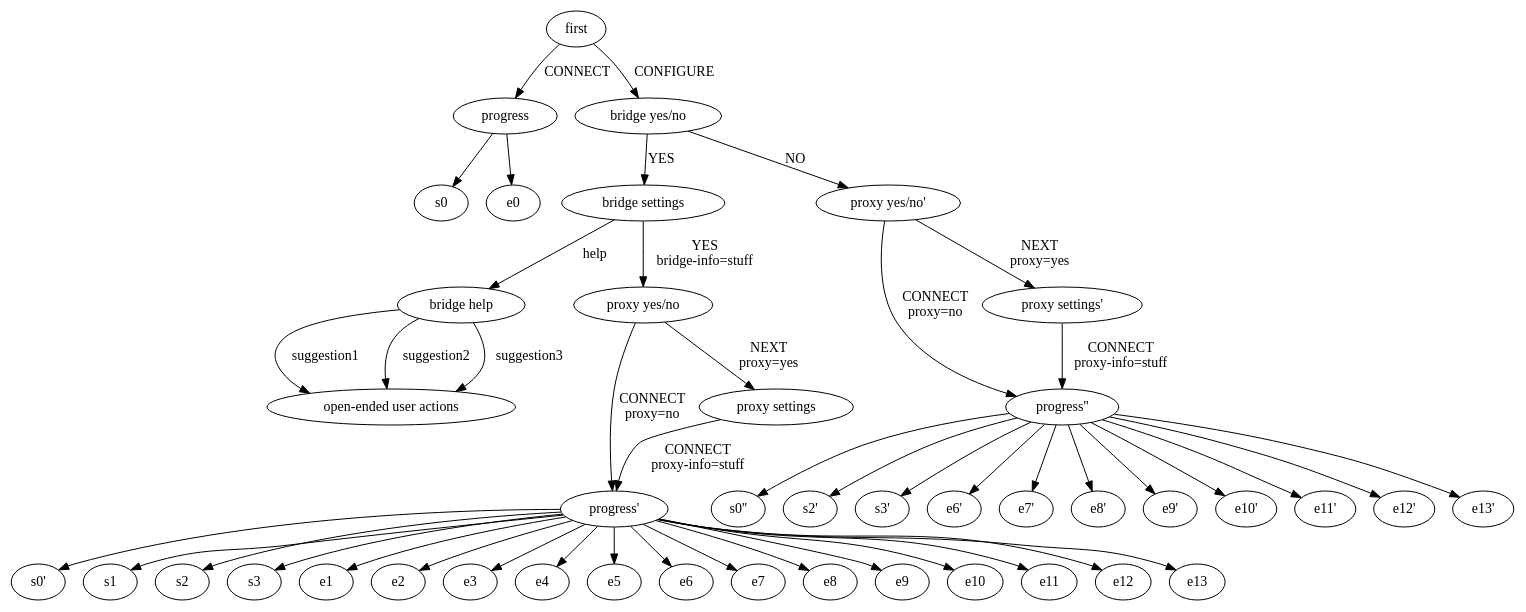
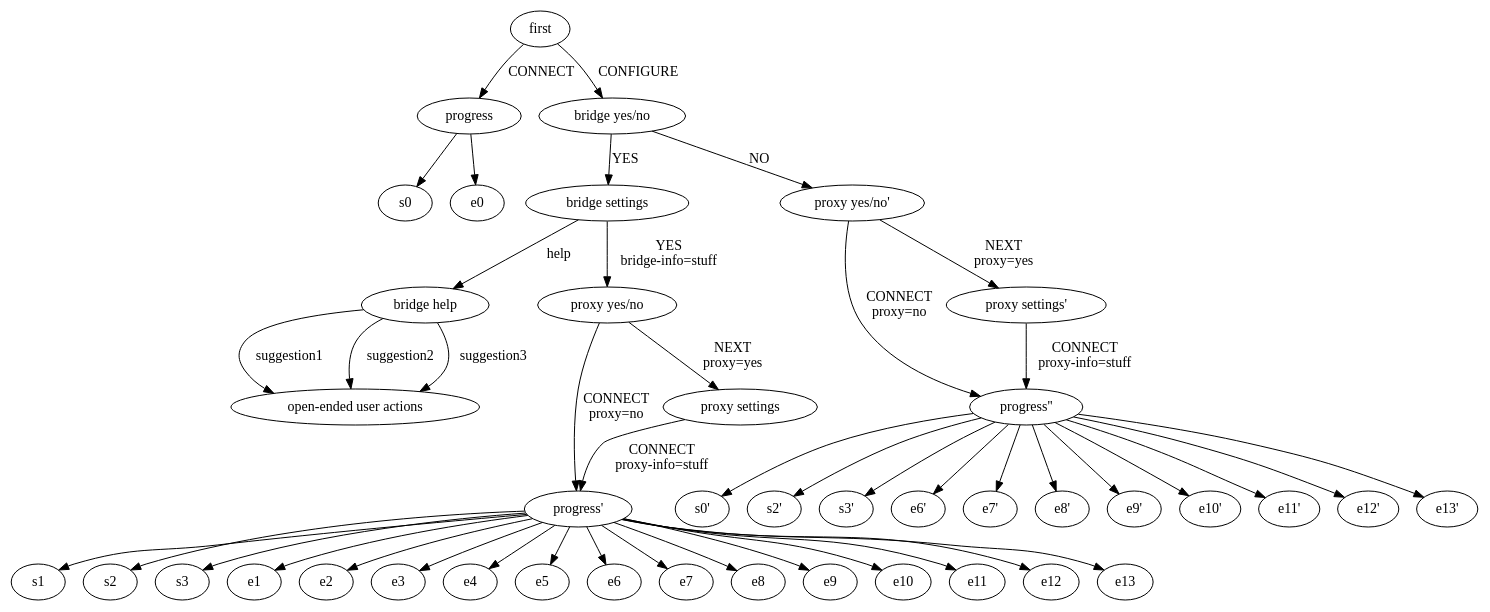
Before and after one commit to lindanlee/PETS2017-paper: the diagram in torconfig.dot, drawn with Graphviz.

Commit message:
Remove s0' state and rename s0'' to s0'.
Per today's email discussion.

```diff
--- a/torconfig.dot
+++ b/torconfig.dot
@@ -1,65 +1,64 @@
 digraph torconfig {
 	#"first" -> q0 [label=quit];
 	"first" -> "progress" [label=CONNECT];
 	#"progress" -> "first" [label=cancel];
 	#"progress" -> "progress" [label="timeout?!"];
 	"progress" -> "s0"; #no bridge no proxy connection
 	"progress" -> "e0"; #need a bridge or proxy
 	"first" -> "bridge yes/no" [label=CONFIGURE];
 	#"bridge yes/no" -> q1 [label=quit];
 	"bridge yes/no" -> "bridge settings" [label=YES];
 	#"bridge settings" -> "bridge yes/no" [label=back];
 	#"bridge settings" -> q2 [label=quit];
 	"bridge settings" -> "bridge help" [label=help];
 	#"bridge help" -> "bridge settings" [label=done];
 	"bridge help" -> "open-ended user actions" [label=suggestion1];
 	"bridge help" -> "open-ended user actions" [label=suggestion2];
 	"bridge help" -> "open-ended user actions" [label=suggestion3];
 	"bridge yes/no" -> "proxy yes/no'" [label=NO];
 	"bridge settings" -> "proxy yes/no" [label="YES\nbridge-info=stuff"];
 	#####################################################################################################
 	#"proxy yes/no" -> "bridge yes/no" [label="back\nbridge=no"];
 	#"proxy yes/no" -> "bridge settings" [label="back\nbridge=yes"];
 	#"proxy yes/no" -> q3 [label=quit];
 	"proxy yes/no" -> "progress'" [label="CONNECT\nproxy=no"];
-	"progress'" -> "s0'"; #no bridge no proxy connection
 	"progress'" -> "s1"; #bridge no proxy connection 
 	"progress'" -> "s2"; #selected proxy type, good address syntax, good ip address, blank port
 	"progress'" -> "s3"; #selected proxy type, good address syntax, good ip address, good port
 	"progress'" -> "e1"; #bridge blocked in country
 	"progress'" -> "e2"; #unspecified bridges
 	"progress'" -> "e3"; #bridge syntax error
 	"progress'" -> "e4"; #custom bridge: good syntax, bad ip address
 	"progress'" -> "e5"; #custom bridge blocked
 	"proxy yes/no" -> "proxy settings" [label="NEXT\nproxy=yes"];	
 	#"proxy settings" -> "proxy yes/no" [label="back\nproxy=yes"];
 	#"proxy settings" -> q4 [label=quit];
 	"proxy settings" -> "progress'" [label="CONNECT\nproxy-info=stuff"];
 	"progress'" -> "e6"; #blank proxy input
 	"progress'" -> "e7"; #no proxy type
 	"progress'" -> "e8"; #selected proxy type, bad address syntax
 	"progress'" -> "e9"; #selected proxy type, good address syntax, bad ip address, blank port
 	"progress'" -> "e10"; #selected proxy type, good address syntax, bad ip address, good port
 	"progress'" -> "e11"; #selected proxy type, good address syntax, bad ip address, bad port
 	"progress'" -> "e12"; #selected proxy type, good address syntax, good ip address, bad port
 	"progress'" -> "e13"; #selected proxy type, good address syntax, good ip address, blank port
 	#####################################################################################################
 	#"proxy yes/no'" -> "bridge yes/no" [label="back\nbridge=no"];
 	#"proxy yes/no'" -> "q3'" [label=quit];
 	"proxy yes/no'" -> "progress''" [label="CONNECT\nproxy=no"];
-	"progress''" -> "s0''"; #no bridge no rpoxy connection 
+	"progress''" -> "s0'"; #no bridge no rpoxy connection 
 	"progress''" -> "s2'"; #selected proxy type, good address syntax, good ip address, blank port
 	"progress''" -> "s3'"; #selected proxy type, good address syntax, good ip address, good port
 	"proxy yes/no'" -> "proxy settings'" [label="NEXT\nproxy=yes"];	
 	#"proxy settings'" -> "proxy yes/no'" [label="back\nproxy=yes"];
 	#"proxy settings'" -> "q4'" [label=quit];
 	"proxy settings'" -> "progress''" [label="CONNECT\nproxy-info=stuff"];
 	"progress''" -> "e6'"; #blank proxy input
 	"progress''" -> "e7'"; #no proxy type
 	"progress''" -> "e8'"; #selected proxy type, bad adddress syntax
 	"progress''" -> "e9'"; #selected proxy type, good address syntax, bad ip address, blank port
 	"progress''" -> "e10'"; #selected proxy type, good address syntax, bad ip address, good port
 	"progress''" -> "e11'"; #selected proxy type, good address syntax, bad ip address, bad port
 	"progress''" -> "e12'"; #selected proxy type, good address syntax, good ip address, bad port
 	"progress''" -> "e13'"; #selected proxy type, good address syntax, good ip address, blank port
 }
```
